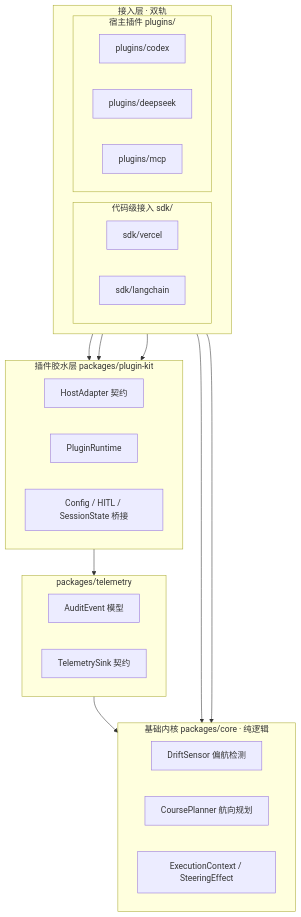
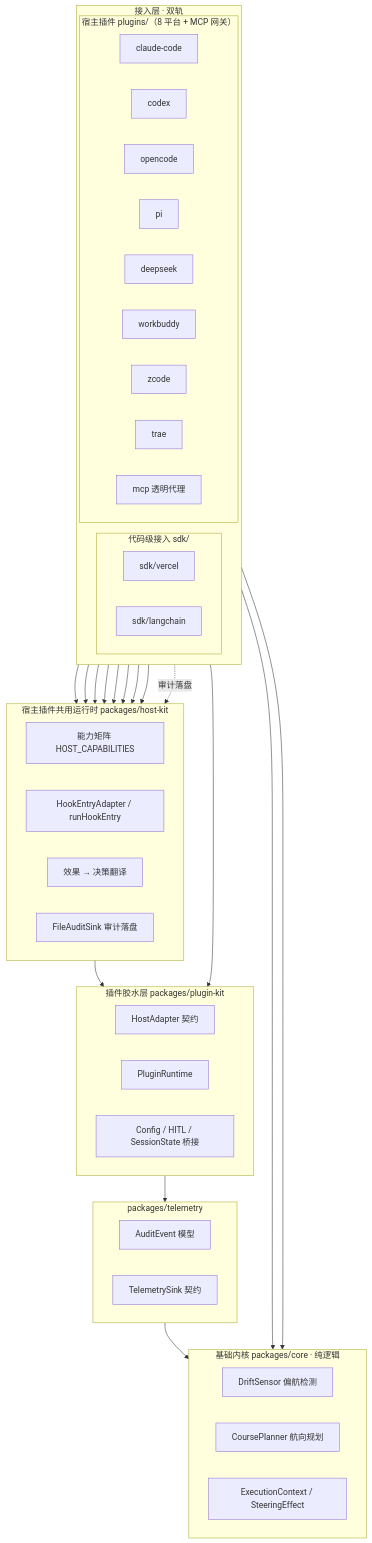
Before and after one commit to chaos-design/arcs: the first of 2 diagrams in README_zh.md, drawn with Mermaid. The commit also changed other lines of this file and 12 other files, not shown here.

````diff
--- a/README_zh.md
+++ b/README_zh.md
@@ -66,37 +66,57 @@
 ```mermaid
 flowchart TB
   subgraph L1["接入层 · 双轨"]
     direction LR
     subgraph SDK["代码级接入 sdk/"]
       SV["sdk/vercel"]
       SL["sdk/langchain"]
     end
-    subgraph PL["宿主插件 plugins/"]
-      CODEX["plugins/codex"]
-      DS["plugins/deepseek"]
-      MCP["plugins/mcp"]
+    subgraph PL["宿主插件 plugins/（8 平台 + MCP 网关）"]
+      CC["claude-code"]
+      CODEX["codex"]
+      OC["opencode"]
+      PI["pi"]
+      DS["deepseek"]
+      WB["workbuddy"]
+      ZC["zcode"]
+      TR["trae"]
+      MCP["mcp 透明代理"]
     end
+  end
+  subgraph HK["宿主插件共用运行时 packages/host-kit"]
+    CAP["能力矩阵 HOST_CAPABILITIES"]
+    HOOK["HookEntryAdapter / runHookEntry"]
+    DEC["效果 → 决策翻译"]
+    AUDIT["FileAuditSink 审计落盘"]
   end
   subgraph KIT["插件胶水层 packages/plugin-kit"]
     HA["HostAdapter 契约"]
     RT["PluginRuntime"]
     BR["Config / HITL / SessionState 桥接"]
   end
   subgraph TELE["packages/telemetry"]
     AE["AuditEvent 模型"]
     TS["TelemetrySink 契约"]
   end
   subgraph CORE["基础内核 packages/core · 纯逻辑"]
     SENSE["DriftSensor 偏航检测"]
     PLAN["CoursePlanner 航向规划"]
     MODEL["ExecutionContext / SteeringEffect"]
   end
 
   SV --> CORE
   SL --> CORE
-  CODEX --> KIT
-  DS --> KIT
+  CC --> HK
+  CODEX --> HK
+  OC --> HK
+  PI --> HK
+  DS --> HK
+  WB --> HK
+  ZC --> HK
+  TR --> HK
   MCP --> KIT
+  MCP -.审计落盘.-> HK
+  HK --> KIT
   KIT --> TELE
   TELE --> CORE
 ```
````
